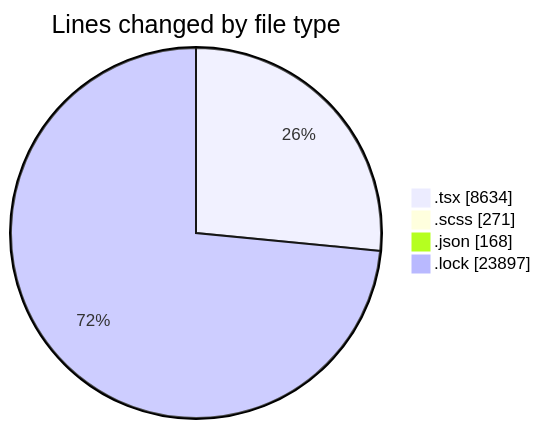
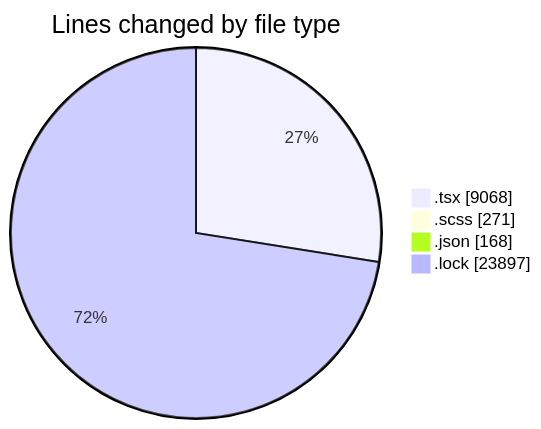
The first of 2 diagrams in 2025-11-18/cda/README.md (momahboobian/code-tracking), drawn with Mermaid before and after one commit. The commit also changed other lines of this file and 1 other file, not shown here.

````diff
--- a/2025-11-18/cda/README.md
+++ b/2025-11-18/cda/README.md
@@ -35,8 +36,8 @@
 ```mermaid
 pie showData
 title Lines changed by file type
-".tsx" : 8634
+".tsx" : 9068
 ".scss" : 271
 ".json" : 168
 ".lock" : 23897
 ```
````
